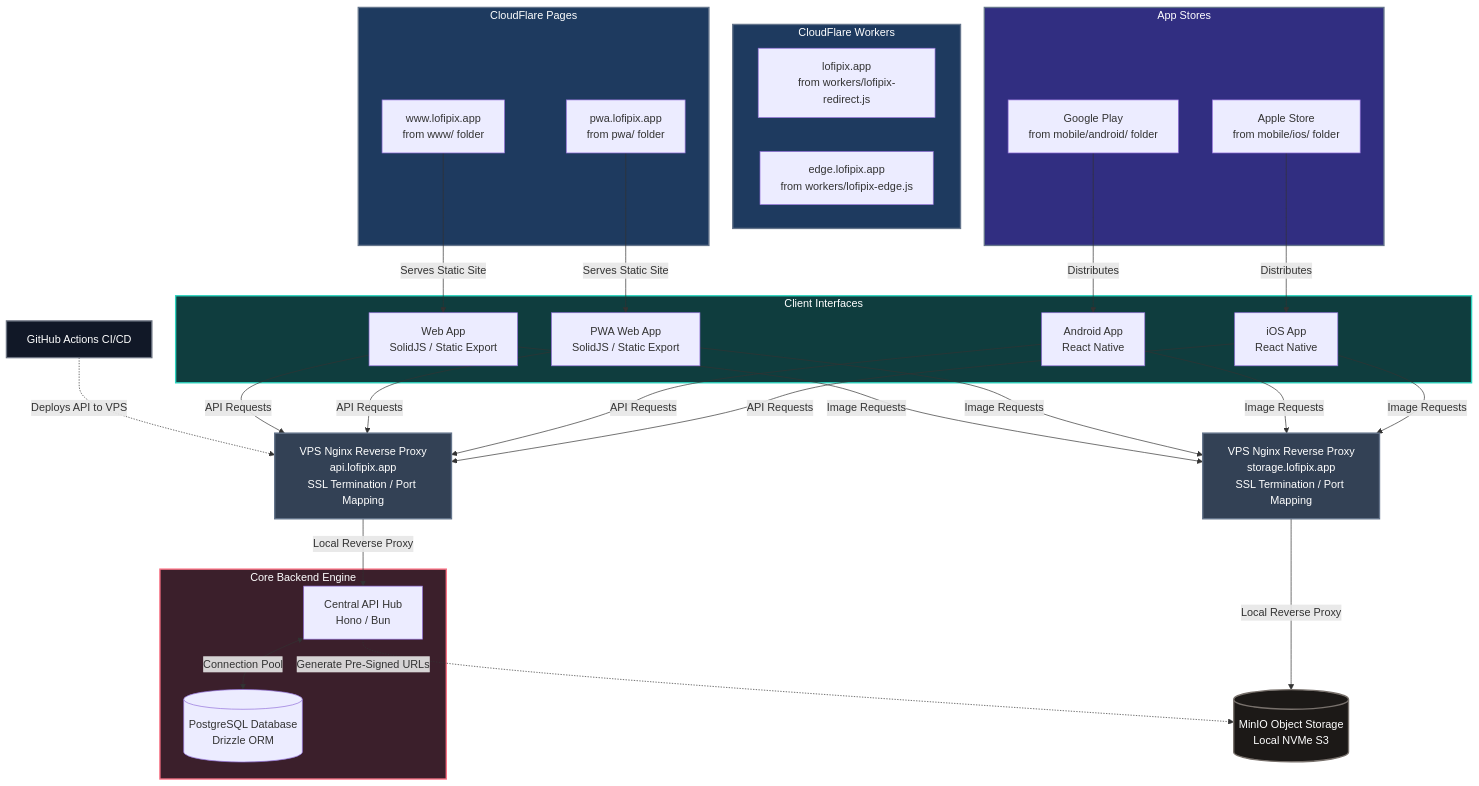
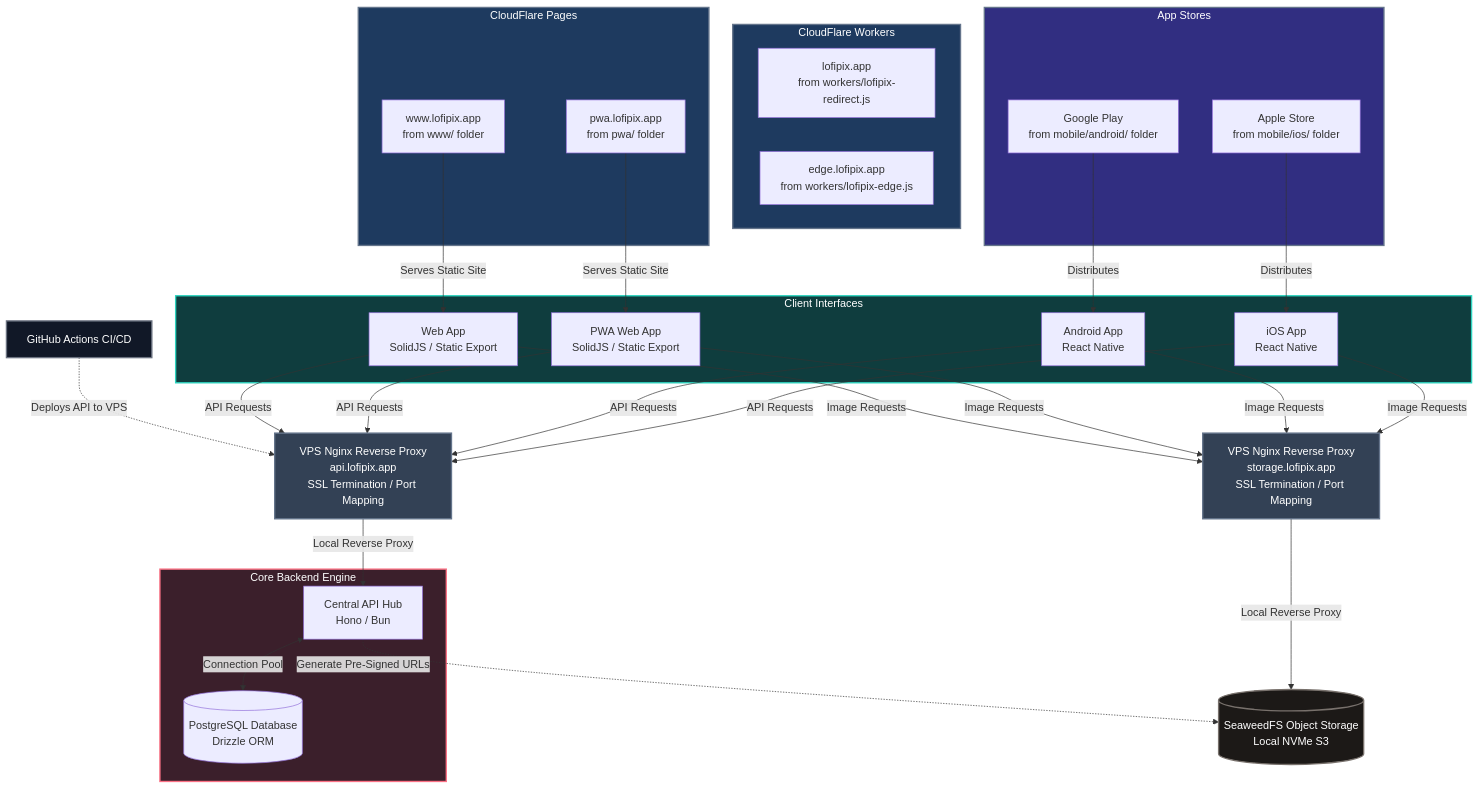
Before and after one commit to pchilton/lofipix: the diagram in README.md, drawn with Mermaid. The commit also changed other lines of this file and 10 other files, not shown here.

````diff
--- a/README.md
+++ b/README.md
@@ -5,69 +5,69 @@
 ```mermaid
 graph TD
     %% Static Hosting
     subgraph CFWorkers [CloudFlare Workers]
         CFRedirect[lofipix.app<br>from workers/lofipix-redirect.js]
         CFEdge[edge.lofipix.app<br>from workers/lofipix-edge.js]
     end
 
     subgraph CloudFlare [CloudFlare Pages]
         CFWeb[www.lofipix.app<br>from www/ folder]
         CFPWA[pwa.lofipix.app<br>from pwa/ folder]
     end
 
     %% App Stores
     subgraph AppStores [App Stores]
         GooglePlay[Google Play<br>from mobile/android/ folder]
         AppleStore[Apple Store<br>from mobile/ios/ folder]
     end
 
     %% Client Tier
     subgraph ClientInterfaces [Client Interfaces]
         Web[Web App<br>SolidJS / Static Export]
         PWA[PWA Web App<br>SolidJS / Static Export]
         Android[Android App<br>React Native]
         iOS[iOS App<br>React Native]
     end
 
     %% Network Entry
     Proxy[VPS Nginx Reverse Proxy<br>api.lofipix.app<br>SSL Termination / Port Mapping]
 
     %% Deployment
     GHA[GitHub Actions CI/CD] -.->|Deploys API to VPS| Proxy
 
     %% Core Services
     subgraph CoreBackend [Core Backend Engine]
         API[Central API Hub<br>Hono / Bun]
         DB[(PostgreSQL Database<br>Drizzle ORM)]
     end
 
     StorageProxy[VPS Nginx Reverse Proxy<br>storage.lofipix.app<br>SSL Termination / Port Mapping]
 
-    Storage[(MinIO Object Storage<br>Local NVMe S3)]
+    Storage[(SeaweedFS Object Storage<br>Local NVMe S3)]
 
     %% Hosting Routes
     CFWeb -->|Serves Static Site| Web
     CFPWA -->|Serves Static Site| PWA
     GooglePlay -->|Distributes| Android
     AppleStore -->|Distributes| iOS
 
     %% Traffic Routes
     Web & PWA & Android & iOS -->|API Requests| Proxy
     Web & PWA & Android & iOS -->|Image Requests| StorageProxy
     Proxy -->|Local Reverse Proxy| API
     API <-->|Connection Pool| DB
 
     API -.->|Generate Pre-Signed URLs| Storage
     StorageProxy -->|Local Reverse Proxy| Storage
 
     %% Layout Classes for Styling
     style CFWorkers fill:#1e3a5f,stroke:#64748b,stroke-width:2px,color:#fff
     style CloudFlare fill:#1e3a5f,stroke:#64748b,stroke-width:2px,color:#fff
     style AppStores fill:#312e81,stroke:#64748b,stroke-width:2px,color:#fff
     style ClientInterfaces fill:#0f3d3e,stroke:#2dd4bf,stroke-width:2px,color:#fff
     style CoreBackend fill:#3b1f2b,stroke:#fb7185,stroke-width:2px,color:#fff
     style Proxy fill:#334155,stroke:#64748b,stroke-width:2px,color:#fff
     style StorageProxy fill:#334155,stroke:#64748b,stroke-width:2px,color:#fff
     style Storage fill:#1c1917,stroke:#78716c,stroke-width:2px,color:#fff
     style GHA fill:#111827,stroke:#6b7280,stroke-width:2px,color:#fff
 ```
````
